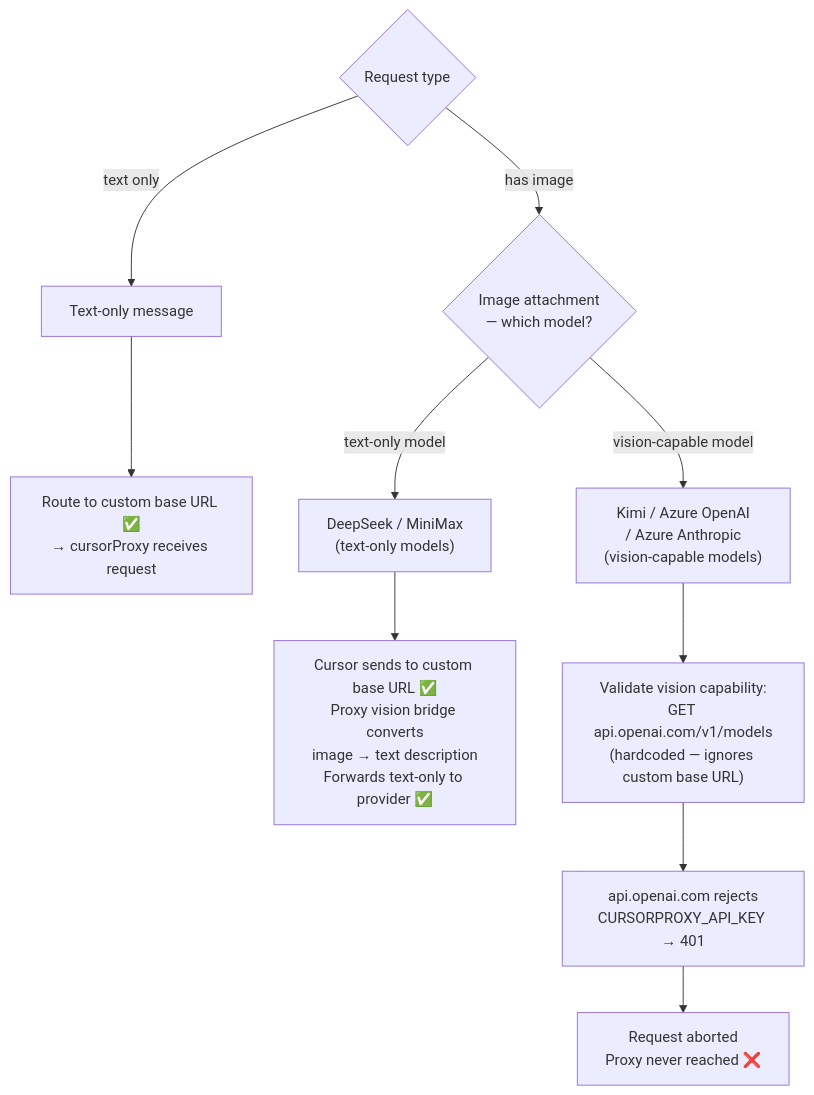
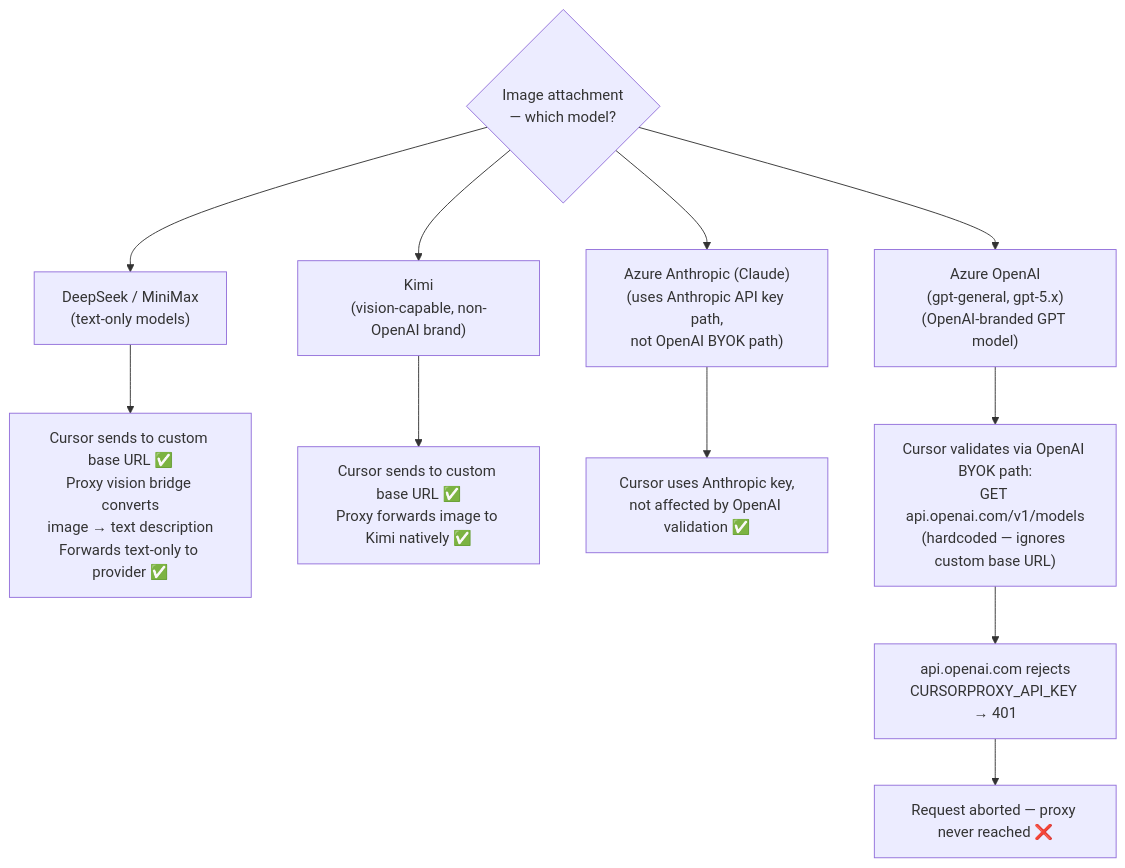
The third of 3 diagrams in doc/known-issues.md (lqdflying/cursorProxy), drawn with Mermaid before and after one commit. The commit also changed other lines of this file, not shown here.

First line of the commit message:
fix: correct vision bug impact scope in known-issues.md

````diff
--- a/doc/known-issues.md
+++ b/doc/known-issues.md
@@ -138,21 +138,23 @@
 ```mermaid
 flowchart TD
-    MSG{"Request type"}
-    TEXT["Text-only message"]
-    TEXT_PATH["Route to custom base URL ✅\n→ cursorProxy receives request"]
-
     IMG{"Image attachment\n— which model?"}
 
     DS_MM["DeepSeek / MiniMax\n(text-only models)"]
     DS_PATH["Cursor sends to custom base URL ✅\nProxy vision bridge converts\nimage → text description\nForwards text-only to provider ✅"]
 
-    VIS_MODEL["Kimi / Azure OpenAI\n/ Azure Anthropic\n(vision-capable models)"]
-    IMG_VAL["Validate vision capability:\nGET api.openai.com/v1/models\n(hardcoded — ignores custom base URL)"]
+    KIMI["Kimi\n(vision-capable, non-OpenAI brand)"]
+    KIMI_PATH["Cursor sends to custom base URL ✅\nProxy forwards image to Kimi natively ✅"]
+
+    AA["Azure Anthropic (Claude)\n(uses Anthropic API key path,\nnot OpenAI BYOK path)"]
+    AA_PATH["Cursor uses Anthropic key,\nnot affected by OpenAI validation ✅"]
+
+    AO["Azure OpenAI\n(gpt-general, gpt-5.x)\n(OpenAI-branded GPT model)"]
+    IMG_VAL["Cursor validates via OpenAI BYOK path:\nGET api.openai.com/v1/models\n(hardcoded — ignores custom base URL)"]
     IMG_FAIL["api.openai.com rejects\nCURSORPROXY_API_KEY → 401"]
-    IMG_ABORT["Request aborted\nProxy never reached ❌"]
+    IMG_ABORT["Request aborted — proxy never reached ❌"]
 
-    MSG -->|text only| TEXT --> TEXT_PATH
-    MSG -->|has image| IMG
-    IMG -->|text-only model| DS_MM --> DS_PATH
-    IMG -->|vision-capable model| VIS_MODEL --> IMG_VAL --> IMG_FAIL --> IMG_ABORT
+    IMG --> DS_MM --> DS_PATH
+    IMG --> KIMI --> KIMI_PATH
+    IMG --> AA --> AA_PATH
+    IMG --> AO --> IMG_VAL --> IMG_FAIL --> IMG_ABORT
 ```
````
